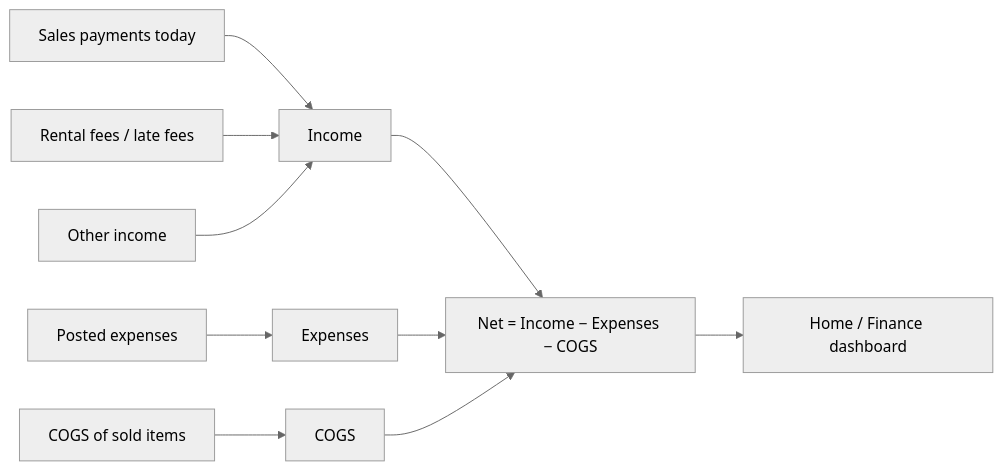
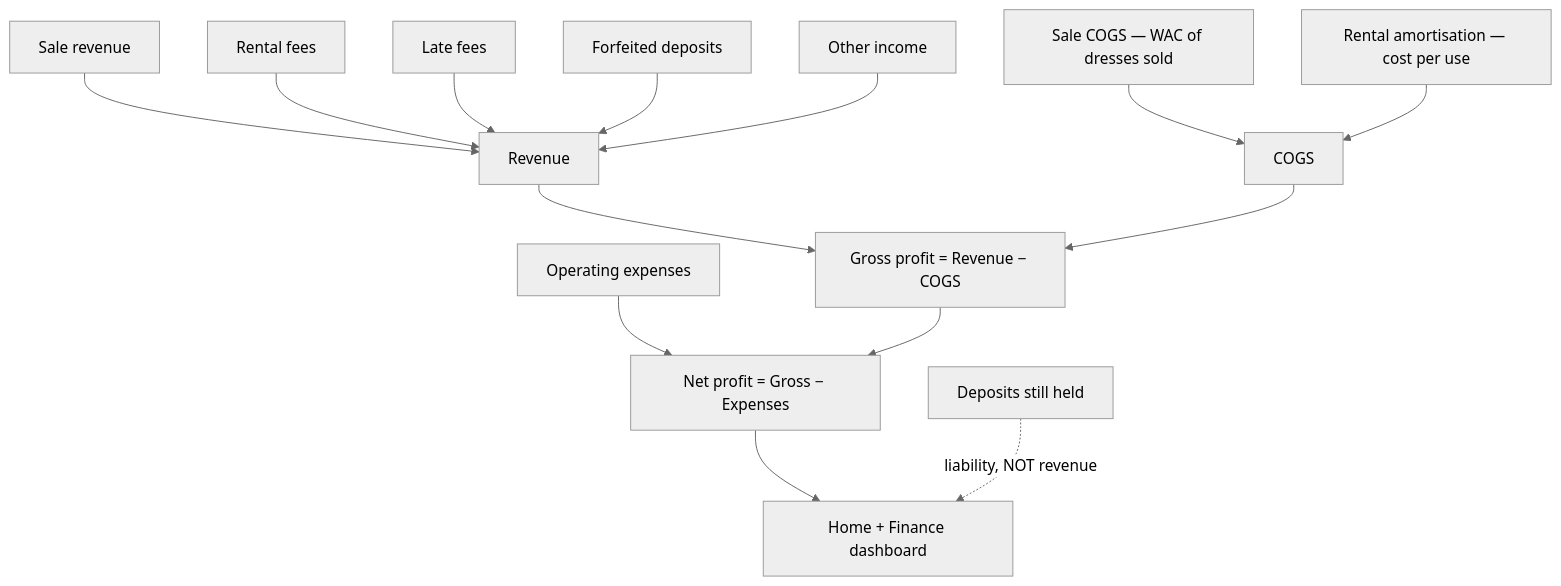
One commit to niaazaai/boms changed diagram 13 of 14 in specs/flows/application-flows.md. Above: the diagram before and after it, drawn with Mermaid (neutral theme). The commit also changed other lines of this file and 61 other files, not shown here.

````diff
--- a/specs/flows/application-flows.md
+++ b/specs/flows/application-flows.md
@@ -225,12 +296,16 @@
 ```mermaid
-flowchart LR
-  A[Sales payments today] --> I[Income]
-  B[Rental fees / late fees] --> I
-  C[Other income] --> I
-  D[Posted expenses] --> E[Expenses]
-  F[COGS of sold items] --> G[COGS]
-  I --> P[Net = Income − Expenses − COGS]
-  E --> P
-  G --> P
-  P --> H[Home / Finance dashboard]
+flowchart TD
+  A[Sale revenue] --> REV[Revenue]
+  B[Rental fees] --> REV
+  C[Late fees] --> REV
+  D[Forfeited deposits] --> REV
+  E[Other income] --> REV
+  F[Sale COGS — WAC of dresses sold] --> COGS[COGS]
+  G[Rental amortisation — cost per use] --> COGS
+  REV --> GP[Gross profit = Revenue − COGS]
+  COGS --> GP
+  H[Operating expenses] --> NP[Net profit = Gross − Expenses]
+  GP --> NP
+  NP --> DASH[Home + Finance dashboard]
+  I[Deposits still held] -.->|liability, NOT revenue| DASH
 ```
````
